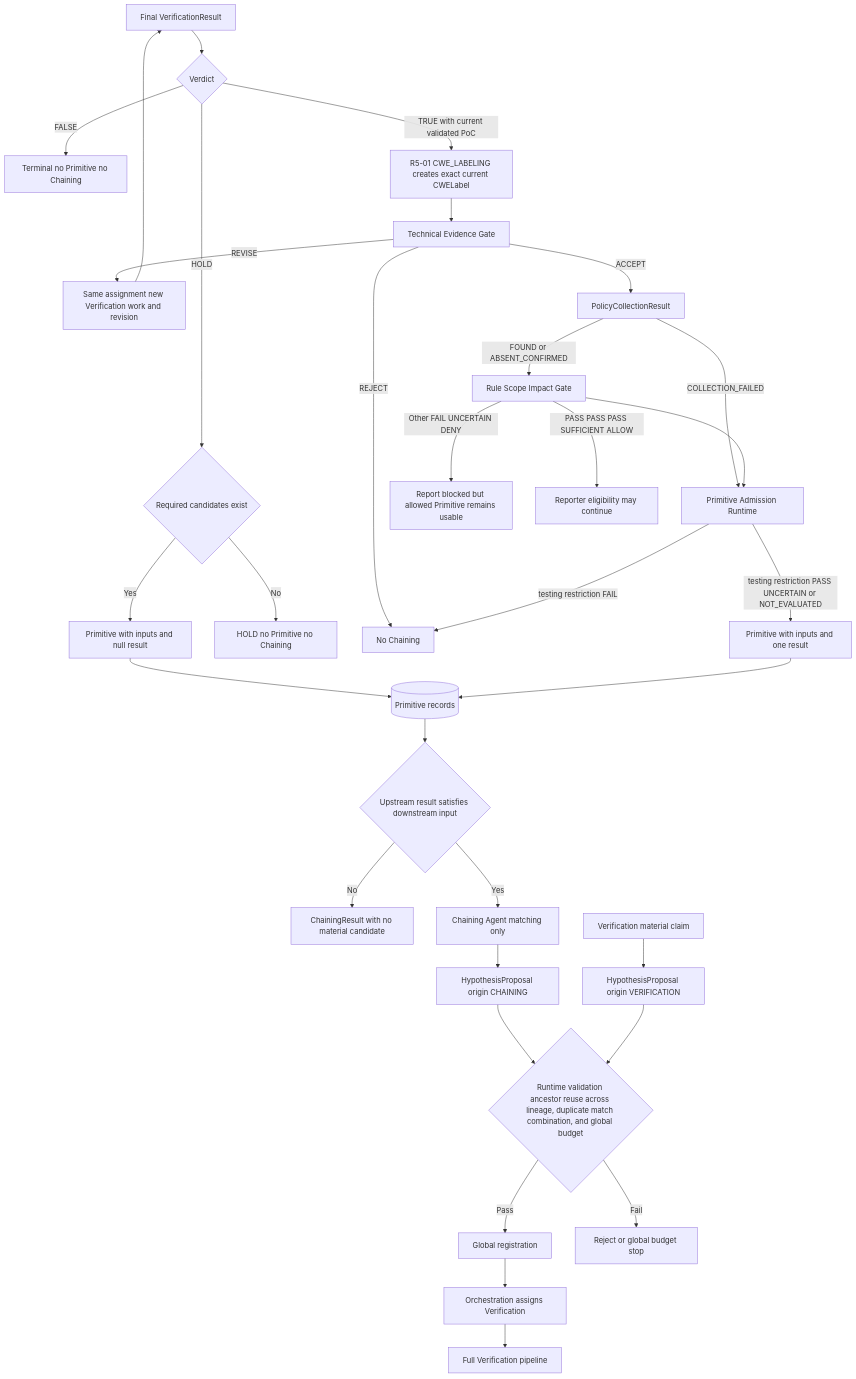
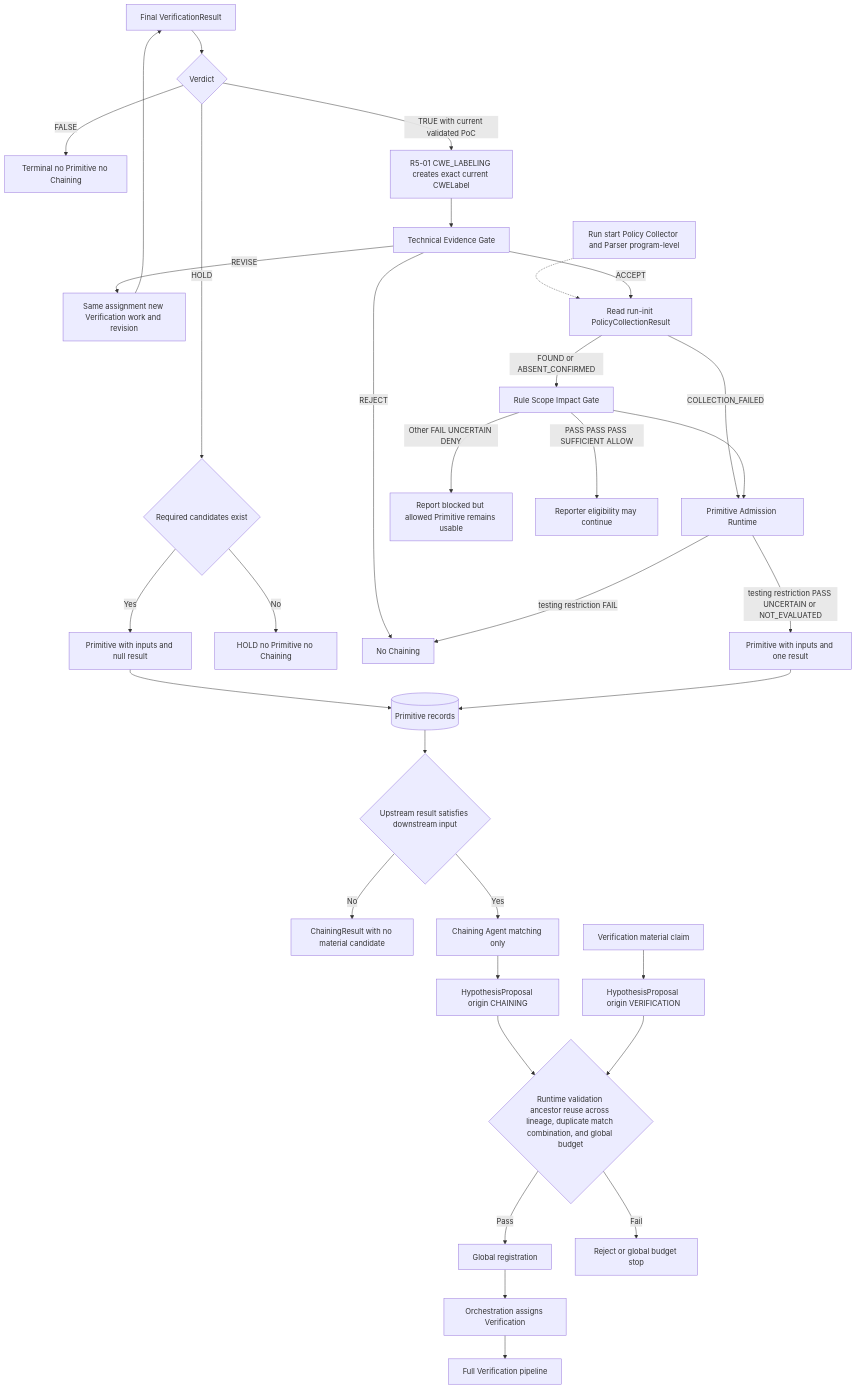
The fifth of 13 diagrams in docs/architecture-v5/13-architecture-diagrams.md (SASTsimi/sastsimi), drawn with Mermaid before and after one commit. The commit also changed other lines of this file and 21 other files, not shown here.

Commit message:
docs: prepare program policy at run initialization

````diff
--- a/docs/architecture-v5/13-architecture-diagrams.md
+++ b/docs/architecture-v5/13-architecture-diagrams.md
@@ -223,34 +227,35 @@
 ```mermaid
 flowchart TB
     VR[Final VerificationResult] --> KIND{Verdict}
     KIND -->|FALSE| CLOSED[Terminal no Primitive no Chaining]
     KIND -->|HOLD| HREQ{Required candidates exist}
     HREQ -->|Yes| REQUIRED[Primitive with inputs and null result]
     HREQ -->|No| HEND[HOLD no Primitive no Chaining]
     KIND -->|TRUE with current validated PoC| CWE[R5-01 CWE_LABELING creates exact current CWELabel]
     CWE --> TECH[Technical Evidence Gate]
     TECH -->|REVISE| SAME[Same assignment new Verification work and revision]
     SAME --> VR
     TECH -->|REJECT| NOCHAIN[No Chaining]
-    TECH -->|ACCEPT| COLLECT[PolicyCollectionResult]
+    PREP0[Run start Policy Collector and Parser program-level] -.-> COLLECT
+    TECH -->|ACCEPT| COLLECT[Read run-init PolicyCollectionResult]
     COLLECT -->|FOUND or ABSENT_CONFIRMED| RULE[Rule Scope Impact Gate]
     COLLECT -->|COLLECTION_FAILED| ADMIT[Primitive Admission Runtime]
     RULE --> ADMIT
     ADMIT -->|testing restriction PASS UNCERTAIN or NOT_EVALUATED| PROVIDED[Primitive with inputs and one result]
     ADMIT -->|testing restriction FAIL| NOCHAIN
     RULE -->|Other FAIL UNCERTAIN DENY| REPORTBLOCK[Report blocked but allowed Primitive remains usable]
     RULE -->|PASS PASS PASS SUFFICIENT ALLOW| REPORTOK[Reporter eligibility may continue]
     REQUIRED --> PDB[(Primitive records)]
     PROVIDED --> PDB
     PDB --> MATCH{Upstream result satisfies downstream input}
     MATCH -->|No| RECORD[ChainingResult with no material candidate]
     MATCH -->|Yes| CHAIN[Chaining Agent matching only]
     CHAIN --> NEW[HypothesisProposal origin CHAINING]
     NEW --> LIMIT{Runtime validation ancestor reuse across lineage, duplicate match combination, and global budget}
     LIMIT -->|Pass| REGISTER[Global registration]
     LIMIT -->|Fail| STOP[Reject or global budget stop]
     REGISTER --> ORCH[Orchestration assigns Verification]
     ORCH --> VERIFY[Full Verification pipeline]
     VMAT[Verification material claim] --> VNEW[HypothesisProposal origin VERIFICATION]
     VNEW --> LIMIT
 ```
````
